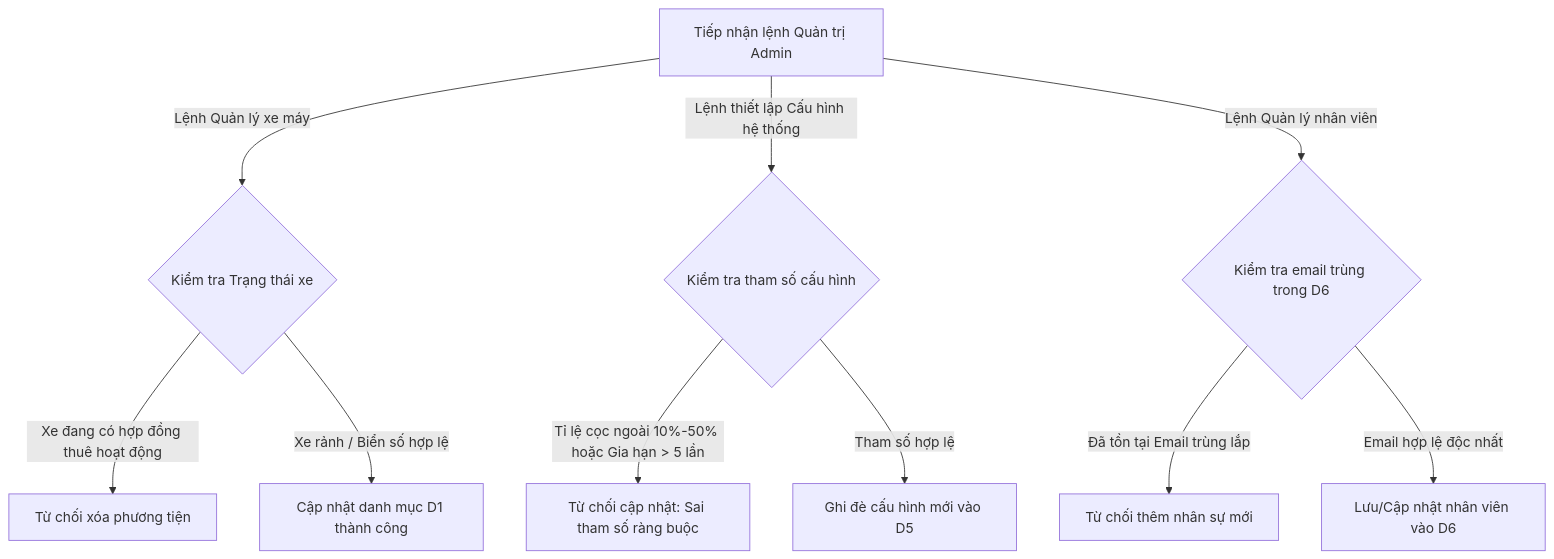
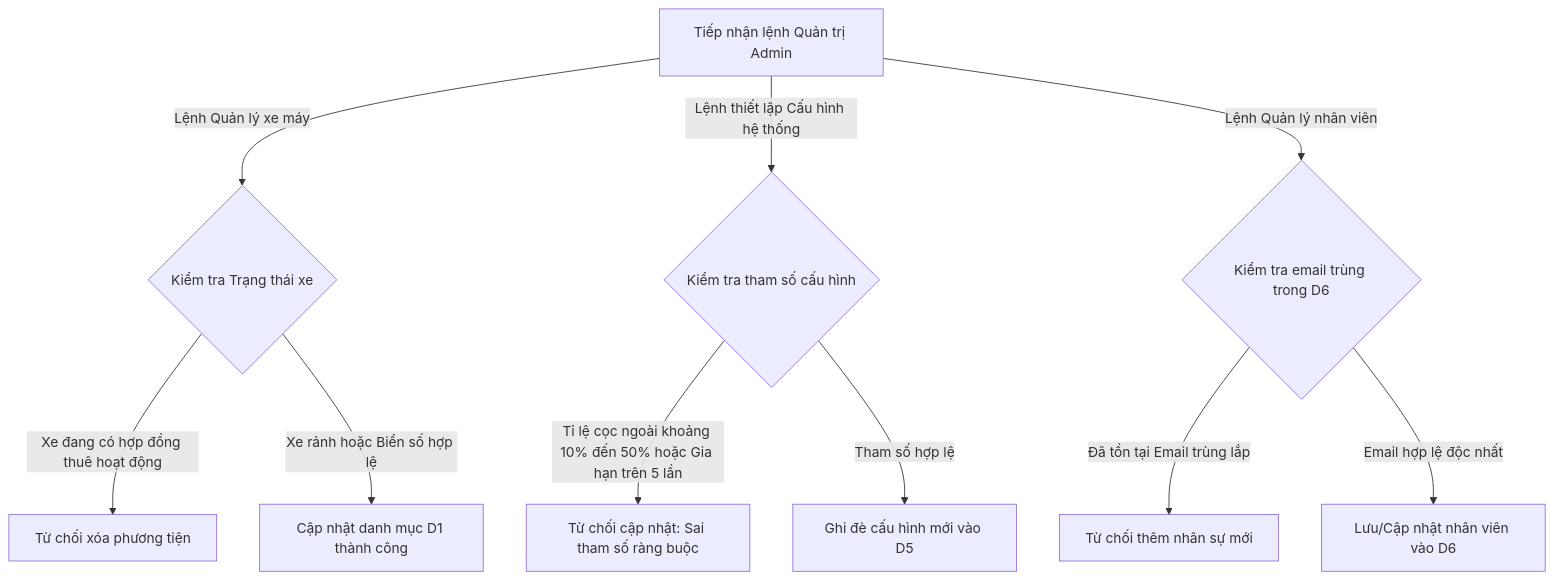
Diagram 16 of 16 in docs/BaoCao_DeTaiNhom_PTTKHT.md (Vqd2k6/SAD-UTH), drawn with Mermaid before and after one commit. The commit also changed other lines of this file and 1 other file, not shown here.

Commit message:
docs: fix Mermaid syntax errors in decision trees and add missing early return decision tree

````diff
--- a/docs/BaoCao_DeTaiNhom_PTTKHT.md
+++ b/docs/BaoCao_DeTaiNhom_PTTKHT.md
@@ -1996,14 +2006,14 @@
 ```mermaid
 graph TD
-    A["Tiếp nhận lệnh Quản trị Admin"] -->|Lệnh Quản lý xe máy| B{"Kiểm tra Trạng thái xe"}
+    A["Tiếp nhận lệnh Quản trị Admin"] -->|"Lệnh Quản lý xe máy"| B{"Kiểm tra Trạng thái xe"}
     B -->|Xe đang có hợp đồng thuê hoạt động| C["Từ chối xóa phương tiện"]
-    B -->|Xe rảnh / Biển số hợp lệ| D["Cập nhật danh mục D1 thành công"]
+    B -->|"Xe rảnh hoặc Biển số hợp lệ"| D["Cập nhật danh mục D1 thành công"]
     
-    A -->|Lệnh thiết lập Cấu hình hệ thống| E{"Kiểm tra tham số cấu hình"}
-    E -->|Tỉ lệ cọc ngoài 10%-50% hoặc Gia hạn > 5 lần| F["Từ chối cập nhật: Sai tham số ràng buộc"]
+    A -->|"Lệnh thiết lập Cấu hình hệ thống"| E{"Kiểm tra tham số cấu hình"}
+    E -->|"Tỉ lệ cọc ngoài khoảng 10% đến 50% hoặc Gia hạn trên 5 lần"| F["Từ chối cập nhật: Sai tham số ràng buộc"]
     E -->|Tham số hợp lệ| G["Ghi đè cấu hình mới vào D5"]
     
-    A -->|Lệnh Quản lý nhân viên| H{"Kiểm tra email trùng trong D6"}
+    A -->|"Lệnh Quản lý nhân viên"| H{"Kiểm tra email trùng trong D6"}
     H -->|Đã tồn tại Email trùng lắp| I["Từ chối thêm nhân sự mới"]
     H -->|Email hợp lệ độc nhất| J["Lưu/Cập nhật nhân viên vào D6"]
 ```
````
